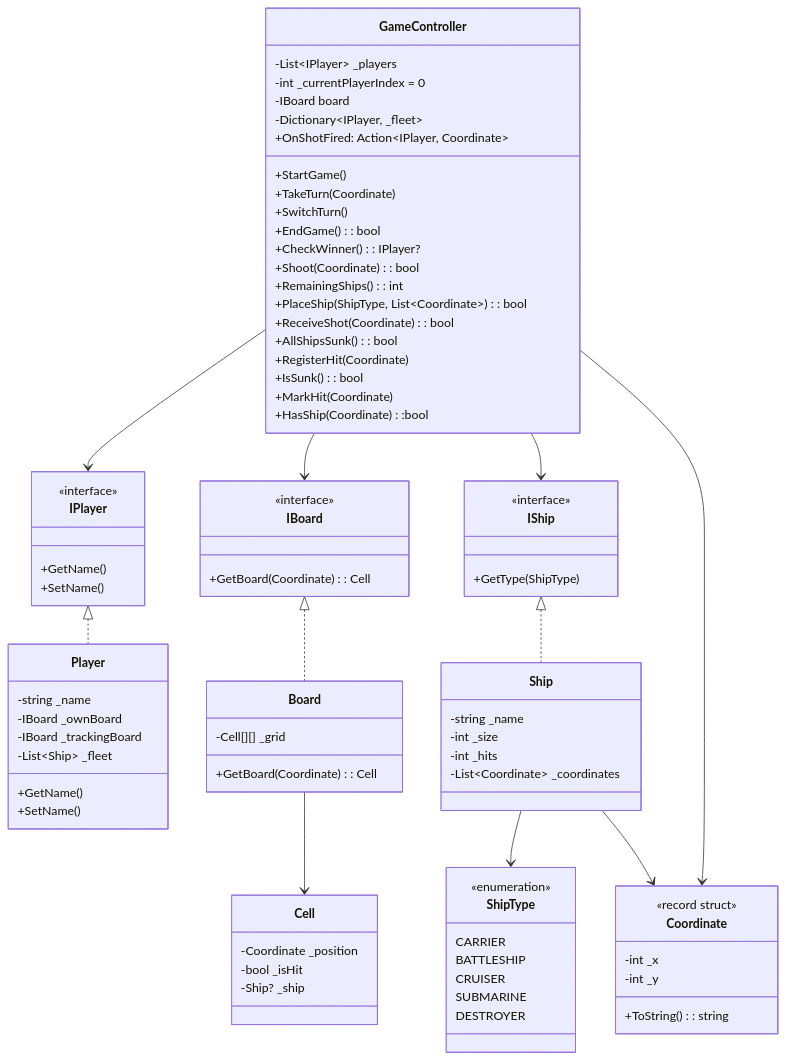
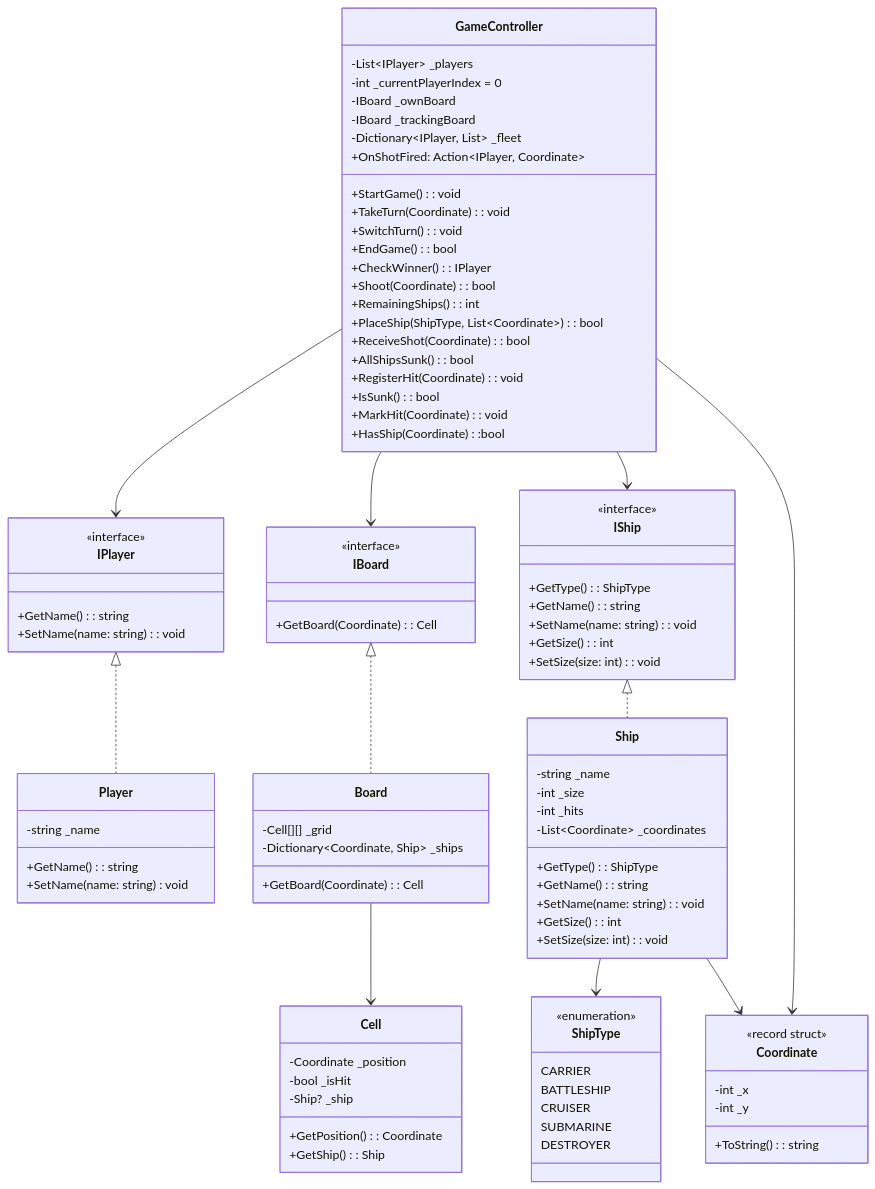
Before and after one commit to rifrifai/bootcamp: the diagram in Quiz/Battleship5.mmd, drawn with Mermaid. The commit also changed 2 other files, not shown here.

```diff
--- a/Quiz/Battleship5.mmd
+++ b/Quiz/Battleship5.mmd
@@ -1,97 +1,107 @@
 classDiagram
   %% ==== Core Classes ====
   class GameController {
     -List~IPlayer~ _players
     -int _currentPlayerIndex = 0
-    -IBoard board
-    -Dictionary~IPlayer, _fleet~
-    +StartGame()
-    +TakeTurn(Coordinate)
-    +SwitchTurn()
+    -IBoard _ownBoard
+    -IBoard _trackingBoard
+    -Dictionary~IPlayer, List<Ship>~ _fleet
+    +OnShotFired: Action~IPlayer, Coordinate~
+    +StartGame(): void
+    +TakeTurn(Coordinate): void
+    +SwitchTurn(): void
     +EndGame(): bool
-    +CheckWinner(): IPlayer?
-    +OnShotFired: Action~IPlayer, Coordinate~
+    +CheckWinner(): IPlayer
     +Shoot(Coordinate): bool
     +RemainingShips(): int
-    +PlaceShip(ShipType, List~Coordinate~ ): bool
+    +PlaceShip(ShipType, List~Coordinate~): bool
     +ReceiveShot(Coordinate): bool
     +AllShipsSunk(): bool
-    +RegisterHit(Coordinate)
+    +RegisterHit(Coordinate): void
     +IsSunk(): bool
-    +MarkHit(Coordinate)
+    +MarkHit(Coordinate): void
     +HasShip(Coordinate):bool
   }
 
   class Ship {
     -string _name
     -int _size
     -int _hits
     -List~Coordinate~ _coordinates
+    +GetType(): ShipType
+    +GetName(): string
+    +SetName(name: string): void
+    +GetSize(): int
+    +SetSize(size: int): void
   }
 
   class Coordinate {
     -int _x
     -int _y
     +ToString(): string
     <<record struct>>
   }
 
   %% ==== Interfaces ====
   class IPlayer {
     <<interface>>
-    +GetName()
-    +SetName()
+    +GetName(): string
+    +SetName(name: string): void
   }
 
   class IBoard {
     <<interface>>
     +GetBoard(Coordinate): Cell
   }
 
   class IShip{
     <<interface>>
-    +GetType(ShipType)
+    +GetType(): ShipType
+    +GetName(): string
+    +SetName(name: string): void
+    +GetSize(): int
+    +SetSize(size: int): void
   }
 
   %% ==== Implementations ====
   class Player {
     -string _name
-    -IBoard _ownBoard
-    -IBoard _trackingBoard
-    -List~Ship~ _fleet
-    +GetName()
-    +SetName()
+    +GetName(): string
+    +SetName(name: string) void
   }
 
   class Board {
     -Cell[][] _grid
+    -Dictionary~Coordinate, Ship~ _ships
     +GetBoard(Coordinate): Cell
 
   }
 
   class Cell {
     -Coordinate _position
     -bool _isHit
     -Ship? _ship
+    +GetPosition(): Coordinate
+    +GetShip(): Ship
   }
 
   class ShipType {
     CARRIER
     BATTLESHIP
     CRUISER
     SUBMARINE
     DESTROYER
     <<enumeration>>
   }
 
   %% ==== Relationships ====
   GameController --> IPlayer
   GameController --> IBoard
   GameController --> IShip
   GameController --> Coordinate
   IShip <|.. Ship
   IPlayer <|.. Player
   IBoard <|.. Board
   Board --> Cell
   Ship --> ShipType
   Ship --> Coordinate
```
